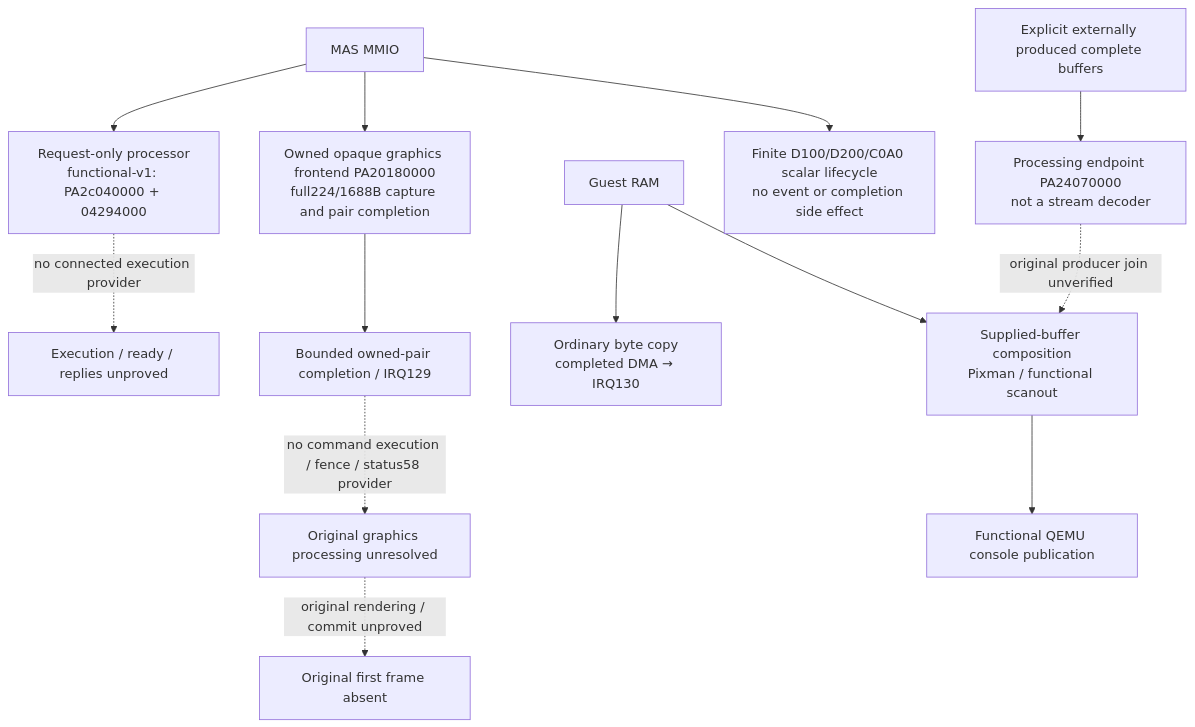
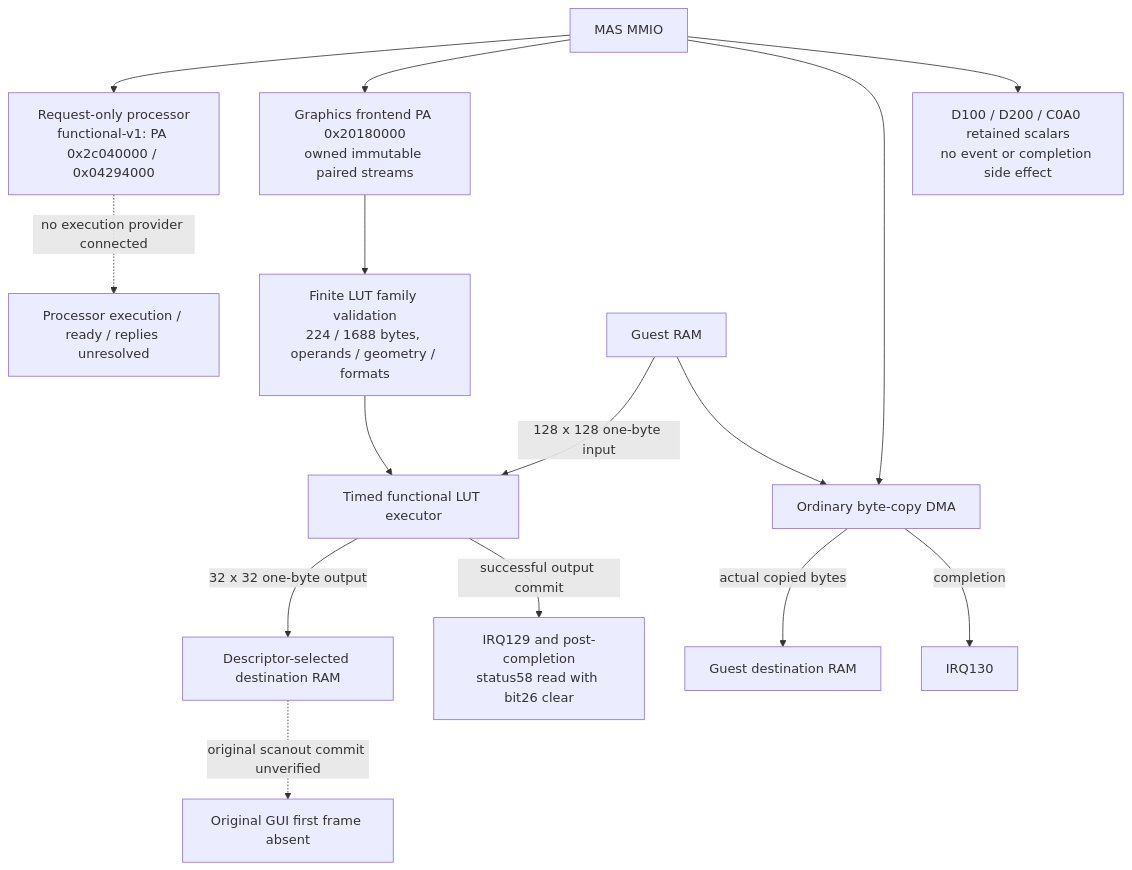
One commit to nightglasses/z7ii-qemu changed the sixth of 6 diagrams in docs/architecture.md. Above: the diagram before and after it, drawn with Mermaid. The commit also changed other lines of this file and 4 other files, not shown here.

Commit message:
docs: align architecture with current pipelines

````diff
--- a/docs/architecture.md
+++ b/docs/architecture.md
@@ -187,15 +191,18 @@
 ```mermaid
 flowchart TD
-  MMIO[MAS MMIO] --> Processor[Request-only processor\nfunctional-v1: PA2c040000 + 04294000]
-  Processor -. no connected execution provider .-> Execution[Execution / ready / replies unproved]
-  MMIO --> Streams[Owned opaque graphics frontend PA20180000\nfull224/1688B capture and pair completion]
-  Streams --> PairCompletion[Bounded owned-pair completion / IRQ129]
-  PairCompletion -. no command execution / fence / status58 provider .-> Graphics[Original graphics processing unresolved]
-  RAM[Guest RAM] --> Copy[Ordinary byte copy\ncompleted DMA → IRQ130]
-  External[Explicit externally produced complete buffers] --> Process[Processing endpoint PA24070000\nnot a stream decoder]
-  RAM --> Compose[Supplied-buffer composition\nPixman / functional scanout]
-  Process -. original producer join unverified .-> Compose
-  Compose --> Console[Functional QEMU console publication]
-  Graphics -. original rendering / commit unproved .-> Frame[Original first frame absent]
-  MMIO --> DisplayScalars[Finite D100/D200/C0A0 scalar lifecycle\nno event or completion side effect]
+  MMIO["MAS MMIO"] --> Processor["Request-only processor<br/>functional-v1: PA 0x2c040000 / 0x04294000"]
+  Processor -. "no execution provider connected" .-> Execution["Processor execution / ready / replies unresolved"]
+
+  MMIO --> Streams["Graphics frontend PA 0x20180000<br/>owned immutable paired streams"]
+  Streams --> Validate["Finite LUT family validation<br/>224 / 1688 bytes, operands / geometry / formats"]
+  RAM["Guest RAM"] -->|"128 x 128 one-byte input"| LUT["Timed functional LUT executor"]
+  Validate --> LUT
+  LUT -->|"32 x 32 one-byte output"| Output["Descriptor-selected destination RAM"]
+  LUT -->|"successful output commit"| Done["IRQ129 and post-completion<br/>status58 read with bit26 clear"]
+  MMIO --> Copy["Ordinary byte-copy DMA"]
+  RAM --> Copy
+  Copy -->|"actual copied bytes"| CopyOut["Guest destination RAM"]
+  Copy -->|completion| IRQ130["IRQ130"]
+  Output -. "original scanout commit unverified" .-> Frame["Original GUI first frame absent"]
+  MMIO --> Scalars["D100 / D200 / C0A0 retained scalars<br/>no event or completion side effect"]
 ```
````
